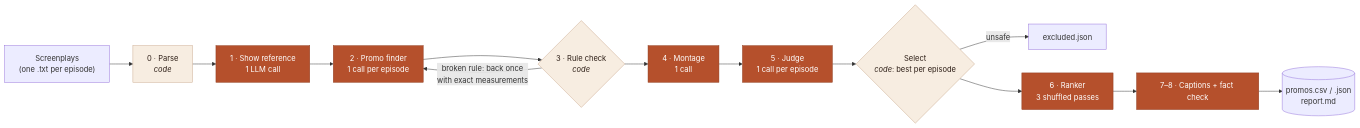
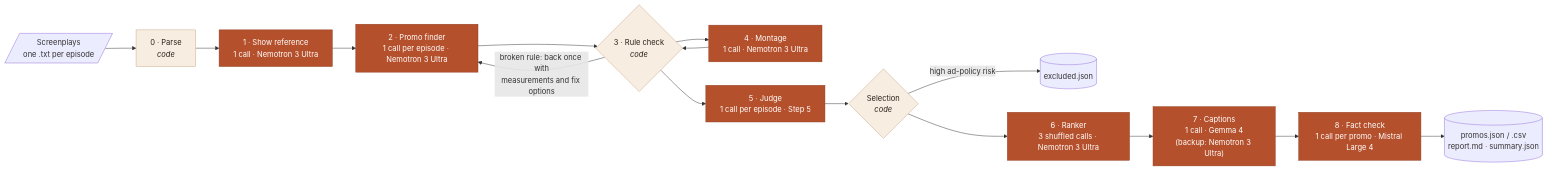
One commit to sh-yamm/Thumbstop-Engine changed the first of 6 diagrams in README.md. Above: the diagram before and after it, drawn with Mermaid. The commit also changed other lines of this file and 6 other files, not shown here.

First line of the commit message:
Captions fall back to Nemotron when Gemma is down; a failed stage never loses a run

````diff
--- a/README.md
+++ b/README.md
@@ -44,19 +149,21 @@
 ```mermaid
 flowchart LR
-  S["Screenplays<br/>(one .txt per episode)"] --> P["0 · Parse<br/><i>code</i>"]
-  P --> R["1 · Show reference<br/>1 LLM call"]
-  R --> F["2 · Promo finder<br/>1 call per episode"]
+  S[/"Screenplays<br/>one .txt per episode"/] --> P["0 · Parse<br/><i>code</i>"]
+  P --> R["1 · Show reference<br/>1 call · Nemotron 3 Ultra"]
+  R --> F["2 · Promo finder<br/>1 call per episode · Nemotron 3 Ultra"]
   F --> C{"3 · Rule check<br/><i>code</i>"}
-  C -- "broken rule: back once<br/>with exact measurements" --> F
-  C --> M["4 · Montage<br/>1 call"]
-  M --> J["5 · Judge<br/>1 call per episode"]
-  J --> K{"Select<br/><i>code</i>: best per episode"}
-  K -- "unsafe" --> X["excluded.json"]
-  K --> RK["6 · Ranker<br/>3 shuffled passes"]
-  RK --> CP["7–8 · Captions + fact check"]
-  CP --> O[("promos.csv / .json<br/>report.md")]
+  C -- "broken rule: back once with<br/>measurements and fix options" --> F
+  C --> M["4 · Montage<br/>1 call · Nemotron 3 Ultra"]
+  M --> C
+  C --> J["5 · Judge<br/>1 call per episode · Step 5"]
+  J --> K{"Selection<br/><i>code</i>"}
+  K -- "high ad-policy risk" --> X[("excluded.json")]
+  K --> RK["6 · Ranker<br/>3 shuffled calls · Nemotron 3 Ultra"]
+  RK --> CP["7 · Captions<br/>1 call · Gemma 4<br/>(backup: Nemotron 3 Ultra)"]
+  CP --> FC["8 · Fact check<br/>1 call per promo · Mistral Large 4"]
+  FC --> O[("promos.json / .csv<br/>report.md · summary.json")]
   classDef ai fill:#b5502c,color:#fff,stroke:#8f3c1f;
   classDef code fill:#f7ede1,color:#2e1f17,stroke:#c9a88c;
-  class R,F,M,J,RK,CP ai;
+  class R,F,M,J,RK,CP,FC ai;
   class P,C,K code;
 ```
````
